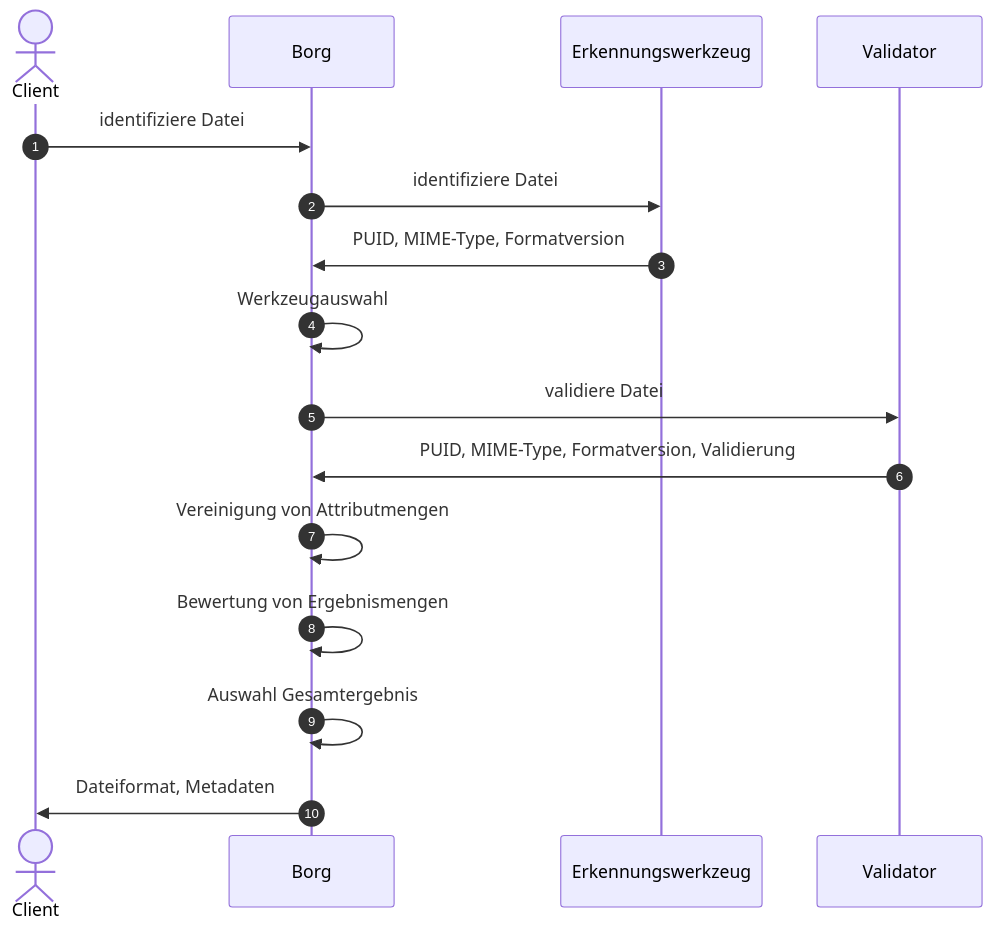
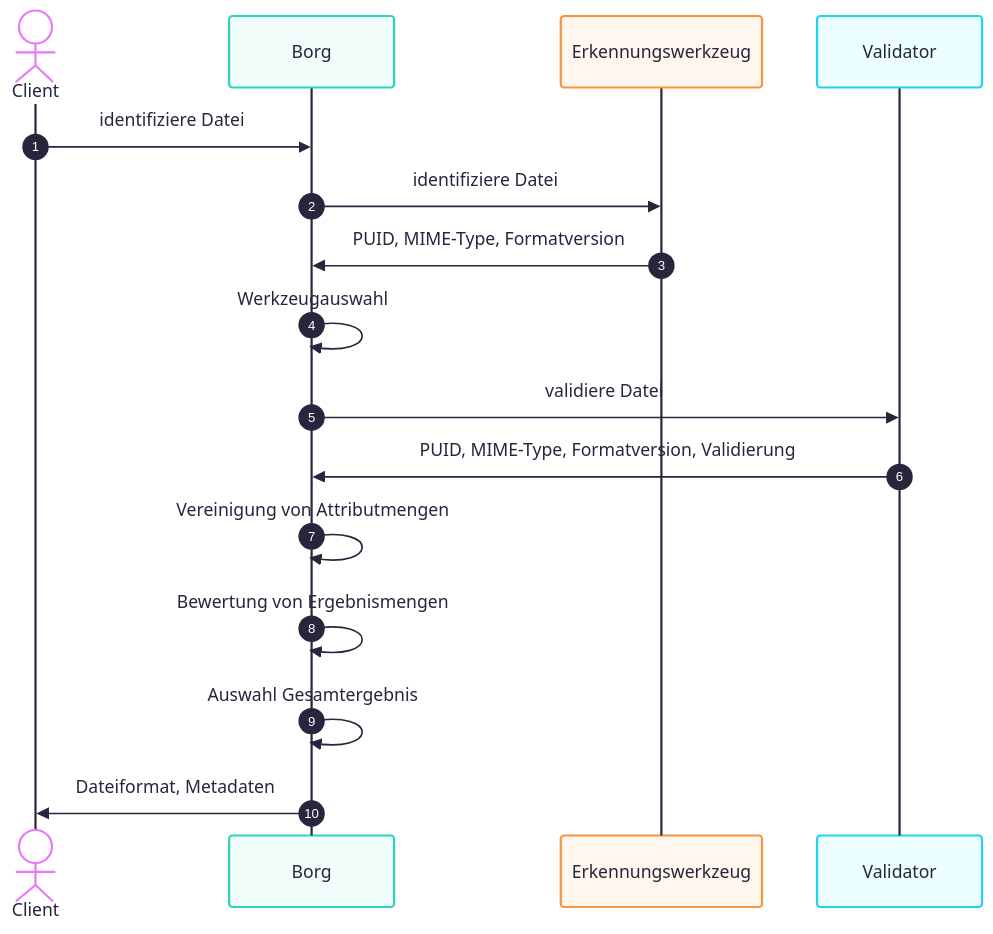
One commit to Landesarchiv-Thueringen/borg changed the first of 3 diagrams in docs/concept.md. Above: the diagram before and after it, drawn with Mermaid. The commit also changed other lines of this file and 1 other file, not shown here.

````diff
--- a/docs/concept.md
+++ b/docs/concept.md
@@ -30,15 +29,19 @@
 ``` mermaid
+---
+config:
+  theme: redux-color
+---
 sequenceDiagram
   autonumber
   actor Client
   Client->>Borg: identifiziere Datei
   Borg->>Erkennungswerkzeug: identifiziere Datei
   Erkennungswerkzeug->>Borg: PUID, MIME-Type, Formatversion
   Borg->>Borg: Werkzeugauswahl
   Borg->>Validator: validiere Datei
   Validator->>Borg: PUID, MIME-Type, Formatversion, Validierung
   Borg->>Borg: Vereinigung von Attributmengen
   Borg->>Borg: Bewertung von Ergebnismengen
   Borg->>Borg: Auswahl Gesamtergebnis
   Borg->>Client: Dateiformat, Metadaten
 ```
````
